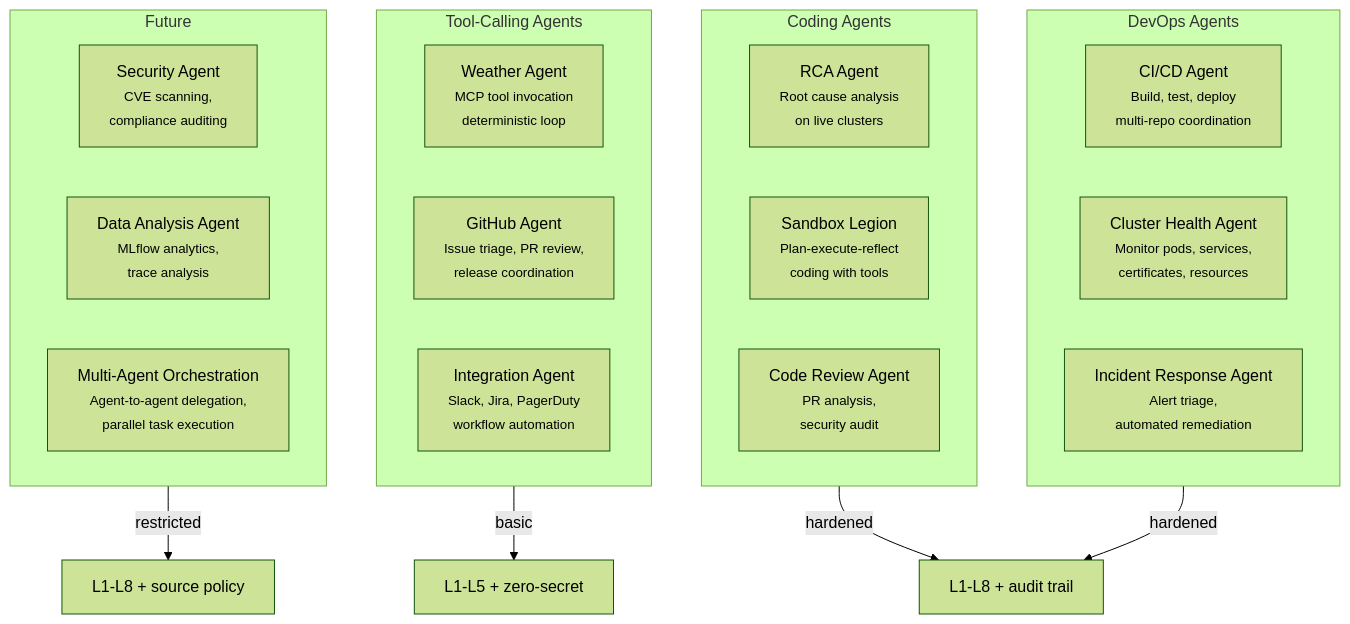
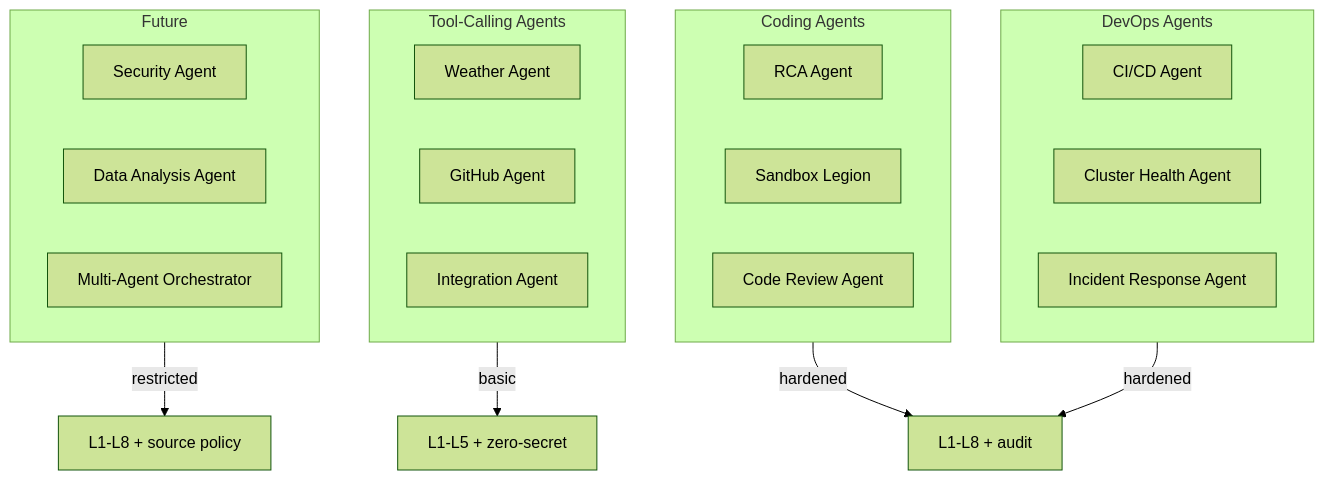
One commit to kagenti/kagenti changed the second of 5 diagrams in docs/agentic-runtime/use-cases.md. Above: the diagram before and after it, drawn with Mermaid (forest theme). The commit also changed other lines of this file, not shown here.

First line of the commit message:
docs: add explicit MCP tools and OAuth approval model to use cases

````diff
--- a/docs/agentic-runtime/use-cases.md
+++ b/docs/agentic-runtime/use-cases.md
@@ -11,31 +50,31 @@
 ```mermaid
 flowchart TB
     subgraph coding["Coding Agents"]
-        C1["RCA Agent<br/><small>Root cause analysis<br/>on live clusters</small>"]
-        C2["Sandbox Legion<br/><small>Plan-execute-reflect<br/>coding with tools</small>"]
-        C3["Code Review Agent<br/><small>PR analysis,<br/>security audit</small>"]
+        C1["RCA Agent"]
+        C2["Sandbox Legion"]
+        C3["Code Review Agent"]
     end
 
     subgraph devops["DevOps Agents"]
-        D1["CI/CD Agent<br/><small>Build, test, deploy<br/>multi-repo coordination</small>"]
-        D2["Cluster Health Agent<br/><small>Monitor pods, services,<br/>certificates, resources</small>"]
-        D3["Incident Response Agent<br/><small>Alert triage,<br/>automated remediation</small>"]
+        D1["CI/CD Agent"]
+        D2["Cluster Health Agent"]
+        D3["Incident Response Agent"]
     end
 
     subgraph tool_agents["Tool-Calling Agents"]
-        T1["Weather Agent<br/><small>MCP tool invocation<br/>deterministic loop</small>"]
-        T2["GitHub Agent<br/><small>Issue triage, PR review,<br/>release coordination</small>"]
-        T3["Integration Agent<br/><small>Slack, Jira, PagerDuty<br/>workflow automation</small>"]
+        T1["Weather Agent"]
+        T2["GitHub Agent"]
+        T3["Integration Agent"]
     end
 
     subgraph future["Future"]
-        F1["Security Agent<br/><small>CVE scanning,<br/>compliance auditing</small>"]
-        F2["Data Analysis Agent<br/><small>MLflow analytics,<br/>trace analysis</small>"]
-        F3["Multi-Agent Orchestration<br/><small>Agent-to-agent delegation,<br/>parallel task execution</small>"]
+        F1["Security Agent"]
+        F2["Data Analysis Agent"]
+        F3["Multi-Agent Orchestrator"]
     end
 
-    coding --> |"hardened"| Profile1["L1-L8 + audit trail"]
-    devops --> |"hardened"| Profile1
-    tool_agents --> |"basic"| Profile2["L1-L5 + zero-secret"]
-    future --> |"restricted"| Profile3["L1-L8 + source policy"]
+    coding -->|"hardened"| Profile1["L1-L8 + audit"]
+    devops -->|"hardened"| Profile1
+    tool_agents -->|"basic"| Profile2["L1-L5 + zero-secret"]
+    future -->|"restricted"| Profile3["L1-L8 + source policy"]
 ```
````
